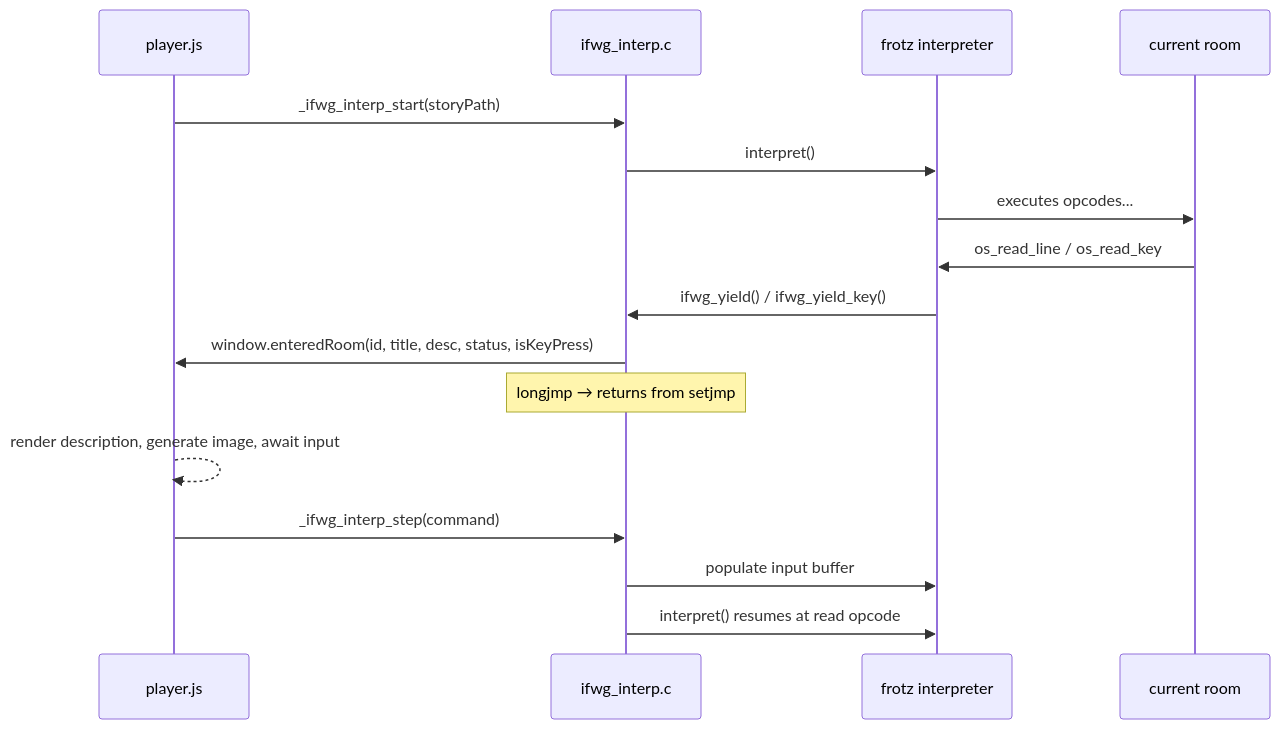
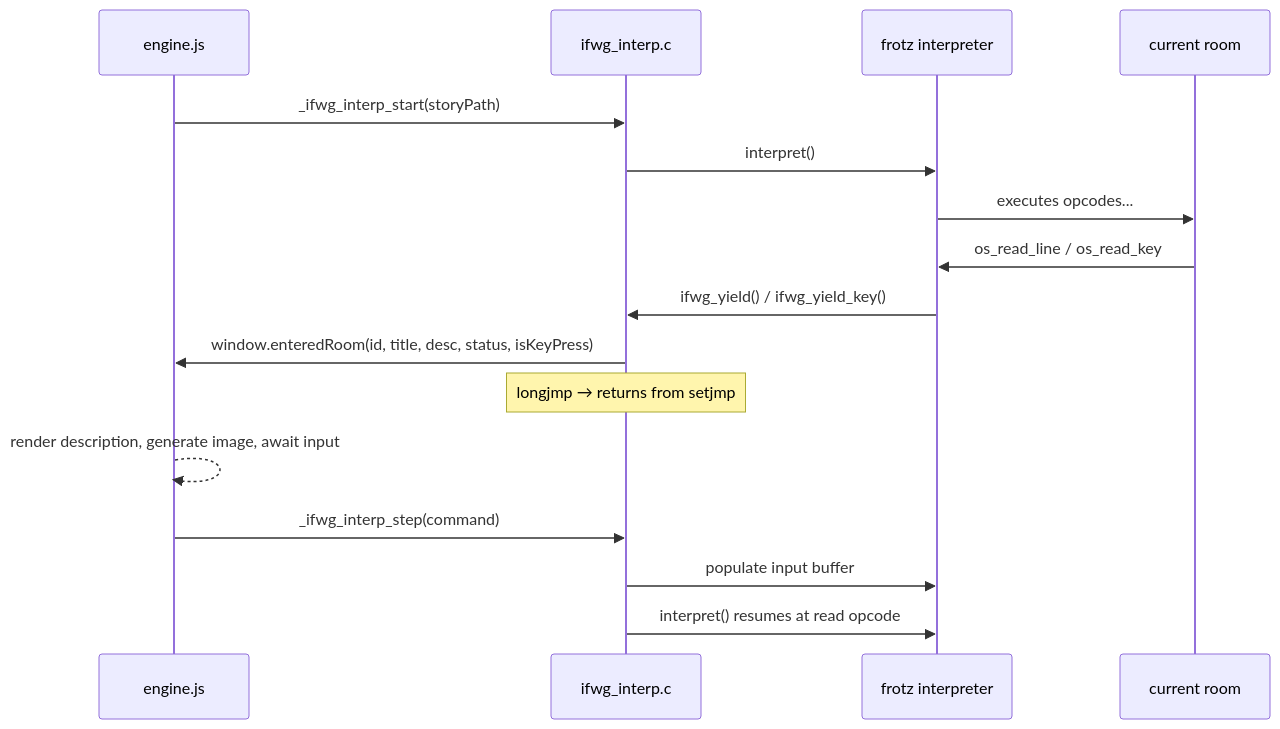
The second of 3 diagrams in README.md (raz0red/ifwithgraphics), drawn with Mermaid before and after one commit. The commit also changed other lines of this file and 21 other files, not shown here.

````diff
--- a/README.md
+++ b/README.md
@@ -77,19 +190,19 @@
 ```mermaid
 sequenceDiagram
-    participant JS as player.js
+    participant JS as engine.js
     participant Bridge as ifwg_interp.c
     participant Frotz as frotz interpreter
     participant Room as current room
 
     JS->>Bridge: _ifwg_interp_start(storyPath)
     Bridge->>Frotz: interpret()
     Frotz->>Room: executes opcodes...
     Room->>Frotz: os_read_line / os_read_key
     Frotz->>Bridge: ifwg_yield() / ifwg_yield_key()
     Bridge->>JS: window.enteredRoom(id, title, desc, status, isKeyPress)
     Note over Bridge: longjmp → returns from setjmp
     JS-->>JS: render description, generate image, await input
     JS->>Bridge: _ifwg_interp_step(command)
     Bridge->>Frotz: populate input buffer
     Bridge->>Frotz: interpret() resumes at read opcode
 ```
````
